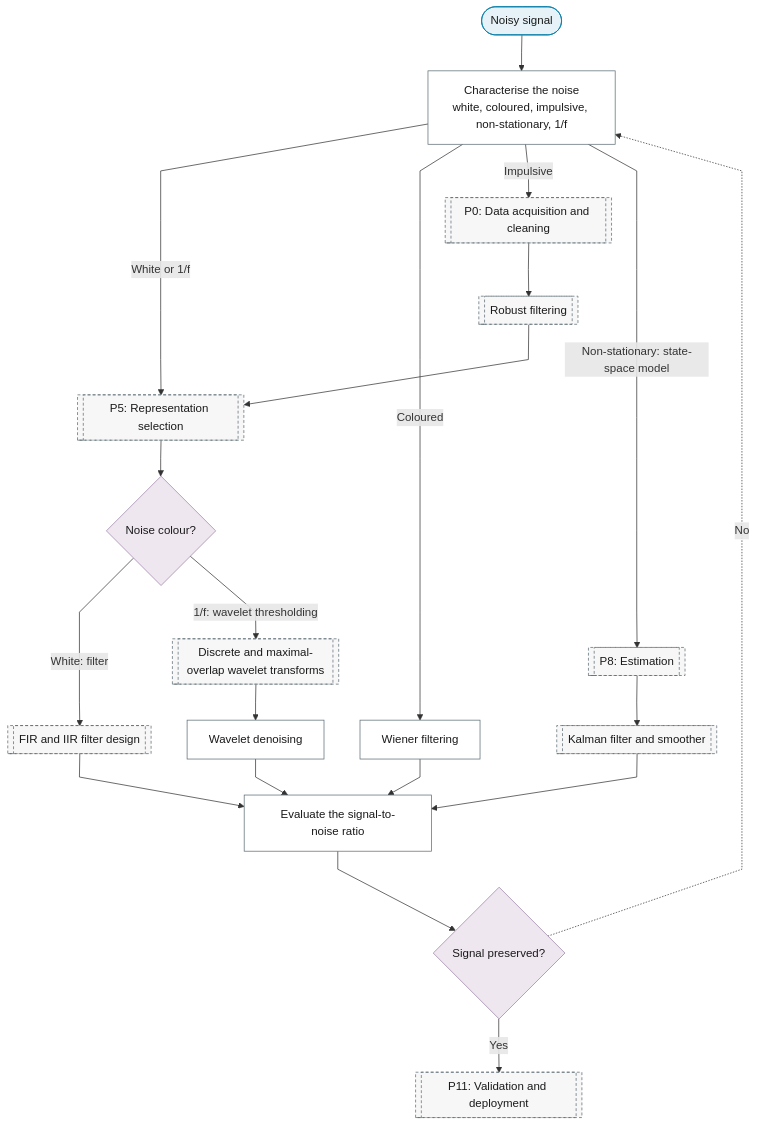
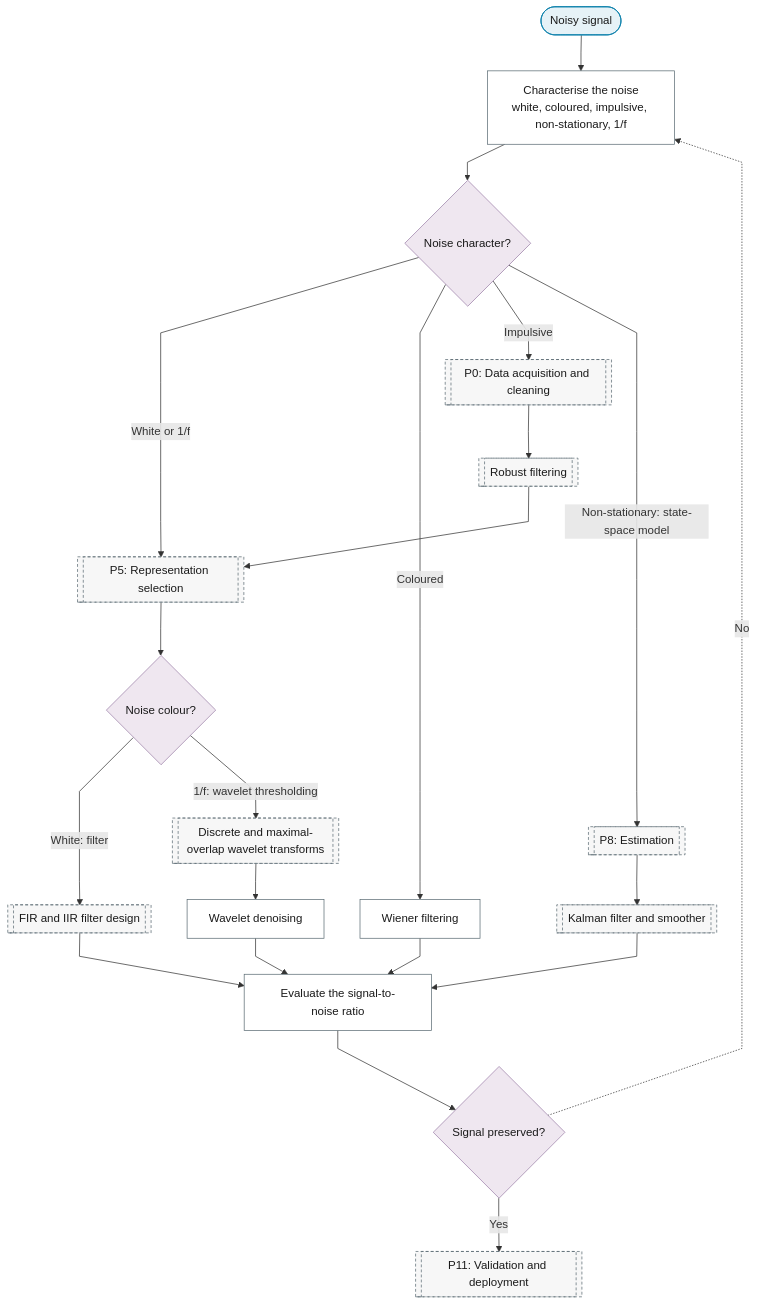
One commit to Shuxin-Y/time-series-analysis-manual changed the diagram in docs/01-workflow/p02-purpose/03-signal-extraction.md. Above: the diagram before and after it, drawn with Mermaid.

Commit message:
fix(flowchart): signal extraction routes at a diamond, not at the noise leaf (rev1 R3-2, rev3 S3)
P2_SE_NOISE_Q{'Noise character?'} follows the noise-characterisation
leaf and carries the four routes. 'Noise colour?' stays after the P5
box: the colour is asked again on the white and 1/f paths, accepted
because the robust-filter path enters P5 without a colour verdict.

````diff
--- a/docs/01-workflow/p02-purpose/03-signal-extraction.md
+++ b/docs/01-workflow/p02-purpose/03-signal-extraction.md
@@ -7,32 +7,33 @@
 ```mermaid
 %%{init: {"flowchart": {"curve": "linear"}}}%%
 graph TD
     P2_SE_IN(["Noisy signal"]) --> P2_SE_NOISE_TYPE["Characterise the noise<br/>white, coloured, impulsive, non-stationary, 1/f"]
-    P2_SE_NOISE_TYPE -->|"White or 1/f"| P5
-    P2_SE_NOISE_TYPE -->|"Coloured"| P2_SE_WIENER["Wiener filtering"]
-    P2_SE_NOISE_TYPE -->|"Impulsive"| P0[["P0: Data acquisition and cleaning"]]
-    P2_SE_NOISE_TYPE -->|"Non-stationary: state-space model"| P8[["P8: Estimation"]]
+    P2_SE_NOISE_TYPE --> P2_SE_NOISE_Q{"Noise character?"}
+    P2_SE_NOISE_Q -->|"White or 1/f"| P5
+    P2_SE_NOISE_Q -->|"Coloured"| P2_SE_WIENER["Wiener filtering"]
+    P2_SE_NOISE_Q -->|"Impulsive"| P0[["P0: Data acquisition and cleaning"]]
+    P2_SE_NOISE_Q -->|"Non-stationary: state-space model"| P8[["P8: Estimation"]]
     P0 --> P0_ROBUST_FILTER[["Robust filtering"]]
     P0_ROBUST_FILTER --> P5[["P5: Representation selection"]]
     P5 --> P2_SE_TRANSFORM{"Noise colour?"}
     P2_SE_TRANSFORM -->|"White: filter"| P5_FD_FILTERS[["FIR and IIR filter design"]]
     P2_SE_TRANSFORM -->|"1/f: wavelet thresholding"| P5_TF_DWT[["Discrete and maximal-overlap wavelet transforms"]]
     P5_TF_DWT --> P2_SE_WAVELET_DENOISING["Wavelet denoising"]
     P8 --> P8_KALMAN[["Kalman filter and smoother"]]
     P5_FD_FILTERS & P2_SE_WIENER & P8_KALMAN & P2_SE_WAVELET_DENOISING --> P2_SE_SNR["Evaluate the signal-to-noise ratio"]
     P2_SE_SNR --> P2_SE_OK{"Signal preserved?"}
     P2_SE_OK -.->|"No"| P2_SE_NOISE_TYPE
     P2_SE_OK -->|"Yes"| P11[["P11: Validation and deployment"]]
     class P2_SE_IN terminator
-    class P2_SE_TRANSFORM,P2_SE_OK decision
+    class P2_SE_NOISE_Q,P2_SE_TRANSFORM,P2_SE_OK decision
     class P2_SE_NOISE_TYPE,P2_SE_WIENER,P2_SE_WAVELET_DENOISING,P2_SE_SNR process
     class P0,P8,P0_ROBUST_FILTER,P5,P5_FD_FILTERS,P5_TF_DWT,P8_KALMAN,P11 ref
     classDef terminator fill:#E6F2F7,stroke:#007BA7,color:#1A1A1A;
     classDef process fill:#FFFFFF,stroke:#5A6B73,color:#1A1A1A;
     classDef decision fill:#EFE7F0,stroke:#9B7FA7,color:#1A1A1A;
     classDef data fill:#FFF4E0,stroke:#C9A55E,color:#1A1A1A;
     classDef good fill:#DCEFD8,stroke:#4A7A3F,color:#1A1A1A;
     classDef escalate fill:#FFE9C2,stroke:#C9A55E,color:#1A1A1A;
     classDef problem fill:#F2D9DE,stroke:#800020,color:#1A1A1A;
     classDef ref fill:#F7F7F7,stroke:#5A6B73,color:#1A1A1A,stroke-dasharray:4 3;
 ```
````
